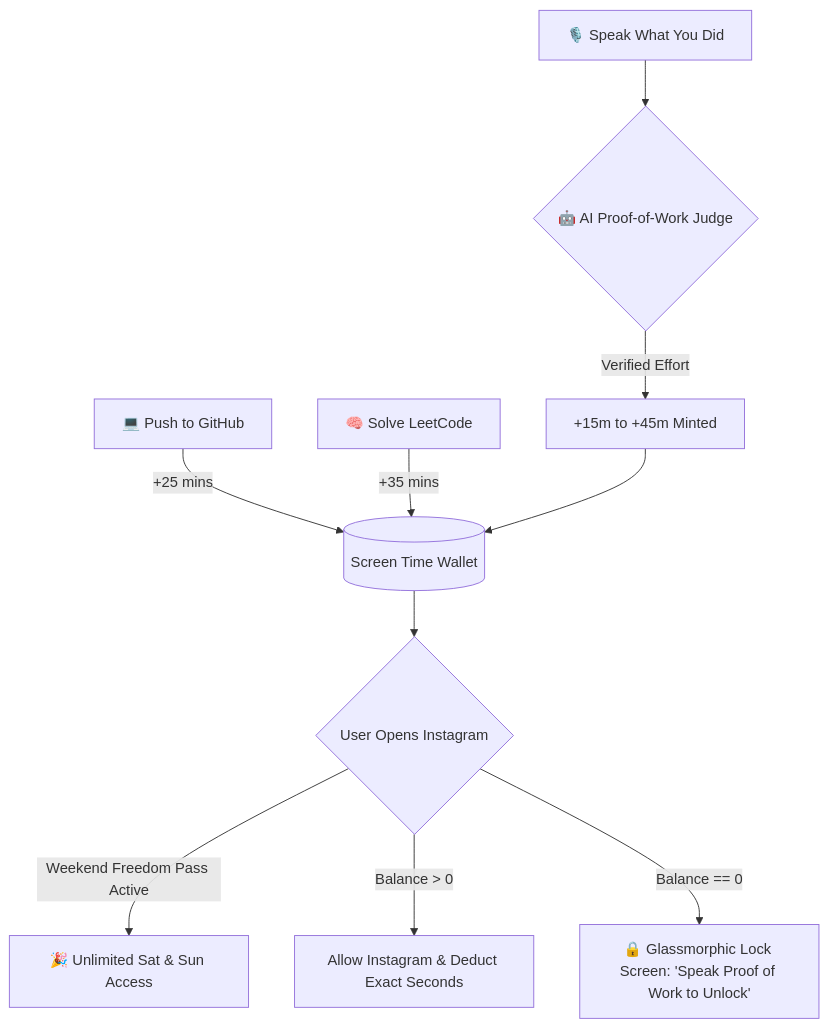
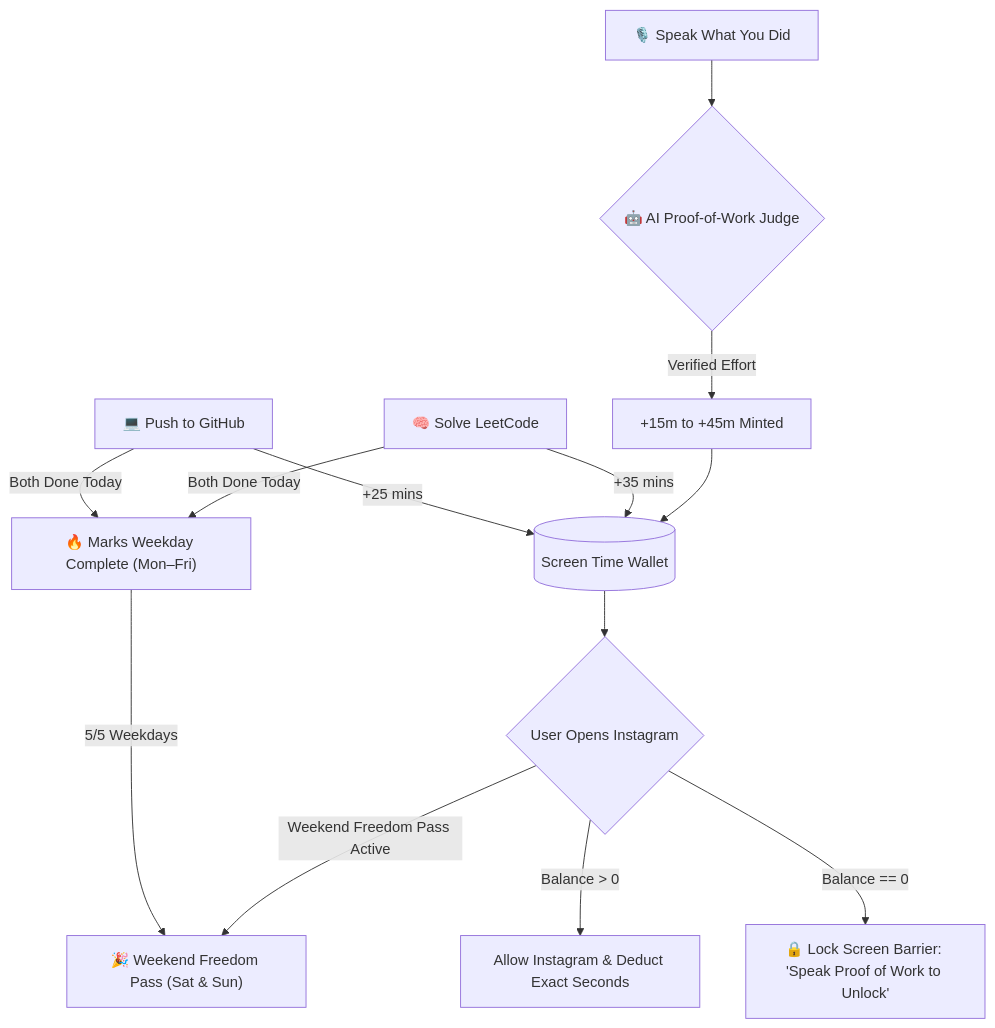
The diagram in README.md (napraveen/Proof-Of-Work), drawn with Mermaid before and after one commit. The commit also changed other lines of this file and 3 other files, not shown here.

Commit message:
feat: Require both GitHub and LeetCode for 5-day weekday streak and update README setup guide

````diff
--- a/README.md
+++ b/README.md
@@ -25,13 +25,16 @@
 ```mermaid
 flowchart TD
     A["🎙️ Speak What You Did"] --> B{"🤖 AI Proof-of-Work Judge"}
     B -->|Verified Effort| C["+15m to +45m Minted"]
     D["💻 Push to GitHub"] -->|+25 mins| E[(Screen Time Wallet)]
     F["🧠 Solve LeetCode"] -->|+35 mins| E
     C --> E
     
+    D & F -->|Both Done Today| K["🔥 Marks Weekday Complete (Mon–Fri)"]
+    K -->|5/5 Weekdays| H["🎉 Weekend Freedom Pass (Sat & Sun)"]
+    
     E --> G{"User Opens Instagram"}
-    G -->|Weekend Freedom Pass Active| H["🎉 Unlimited Sat & Sun Access"]
+    G -->|Weekend Freedom Pass Active| H
     G -->|Balance > 0| I["Allow Instagram & Deduct Exact Seconds"]
-    G -->|Balance == 0| J["🔒 Glassmorphic Lock Screen: 'Speak Proof of Work to Unlock'"]
+    G -->|Balance == 0| J["🔒 Lock Screen Barrier: 'Speak Proof of Work to Unlock'"]
 ```
````
